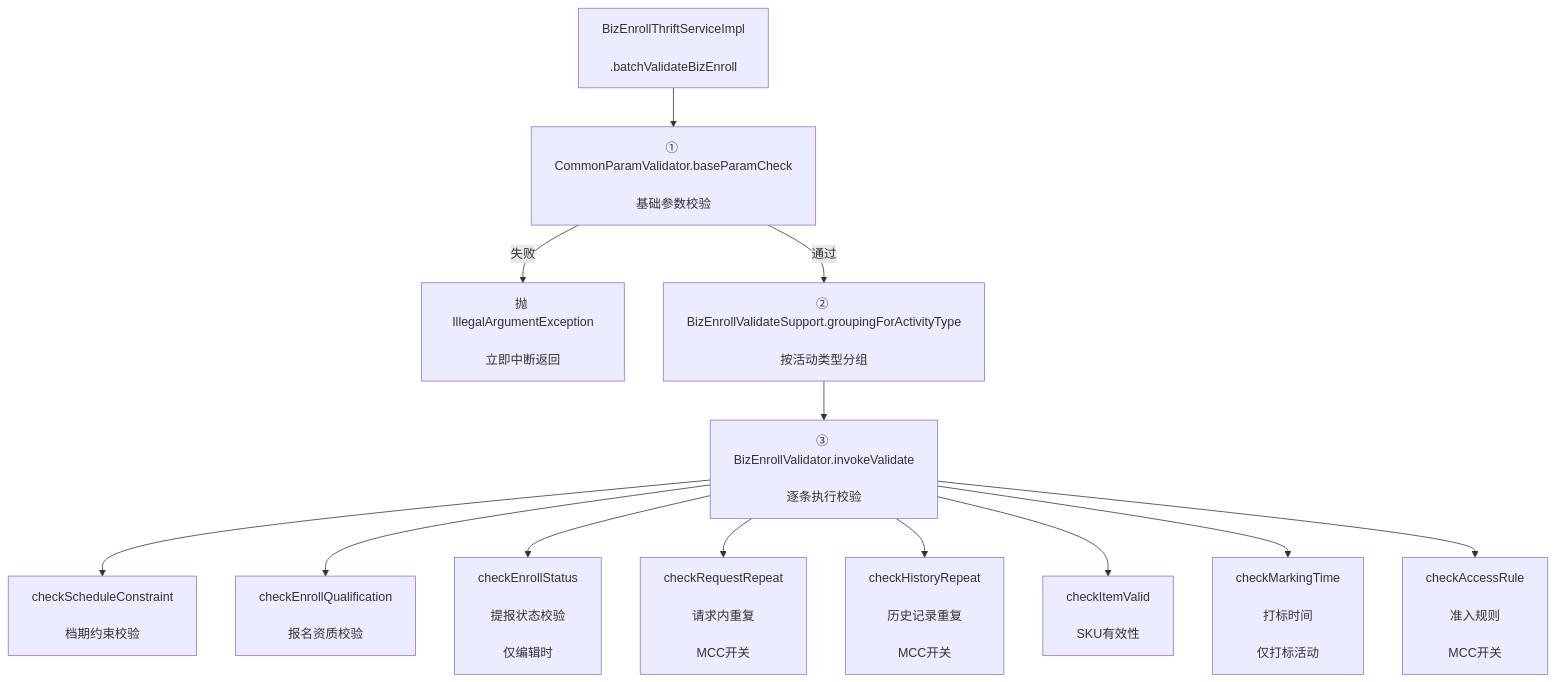
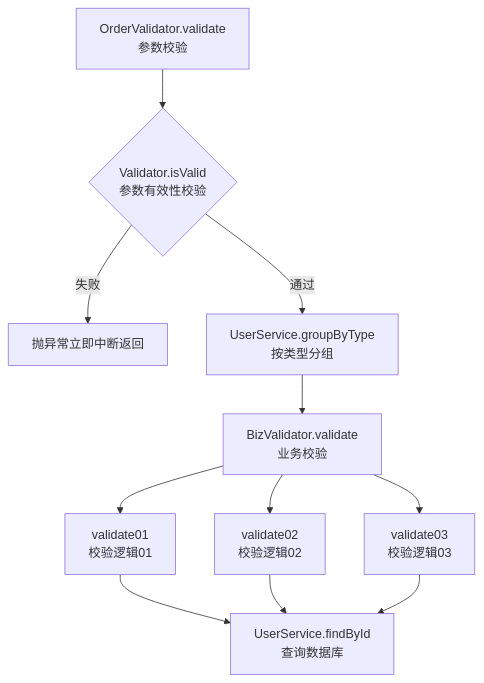
The diagram in code-weave/SKILL.md (syntax-ghost-x/skill-vault), drawn with Mermaid before and after one commit. The commit also changed other lines of this file, not shown here.

Commit message:
code-weave  优化描述

````diff
--- a/code-weave/SKILL.md
+++ b/code-weave/SKILL.md
@@ -46,52 +50,17 @@
 ```mermaid
 flowchart TD
-    A["BizEnrollThriftServiceImpl
+    Validate["OrderValidator.validate<br>参数校验"]
 
-.batchValidateBizEnroll"] --> B
-    B["① CommonParamValidator.baseParamCheck
+    Validate --> Check{"Validator.isValid<br>参数有效性校验"}
+    Check -->|失败| ReturnErr["抛异常立即中断返回"]
+    Check -->|通过| GroupByType["UserService.groupByType<br>按类型分组"]
 
-基础参数校验"] -- 失败 --> F["抛 IllegalArgumentException
+    GroupByType --> BizValidate["BizValidator.validate<br>业务校验"]
 
-立即中断返回"]
-    B -- 通过 --> C
-    C["② BizEnrollValidateSupport.groupingForActivityType
+    BizValidate --> E1 & E2 & E3
+    E1["validate01<br>校验逻辑01"]
+    E2["validate02<br>校验逻辑02"]
+    E3["validate03<br>校验逻辑03"]
 
-按活动类型分组"] --> D
-    D["③ BizEnrollValidator.invokeValidate
-
-逐条执行校验"] --> E1 & E2 & E3 & E4 & E5 & E6 & E7 & E8
-    E1["checkScheduleConstraint
-
-档期约束校验"]
-    E2["checkEnrollQualification
-
-报名资质校验"]
-    E3["checkEnrollStatus
-
-提报状态校验
-
-仅编辑时"]
-    E4["checkRequestRepeat
-
-请求内重复
-
-MCC开关"]
-    E5["checkHistoryRepeat
-
-历史记录重复
-
-MCC开关"]
-    E6["checkItemValid
-
-SKU有效性"]
-    E7["checkMarkingTime
-
-打标时间
-
-仅打标活动"]
-    E8["checkAccessRule
-
-准入规则
-
-MCC开关"]
+    E1 & E2 & E3 --> QueryDB["UserService.findById<br>查询数据库"]
 ```
````
